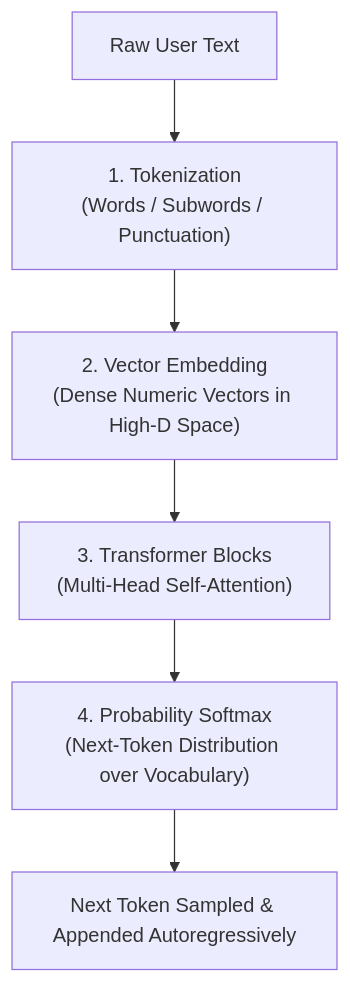
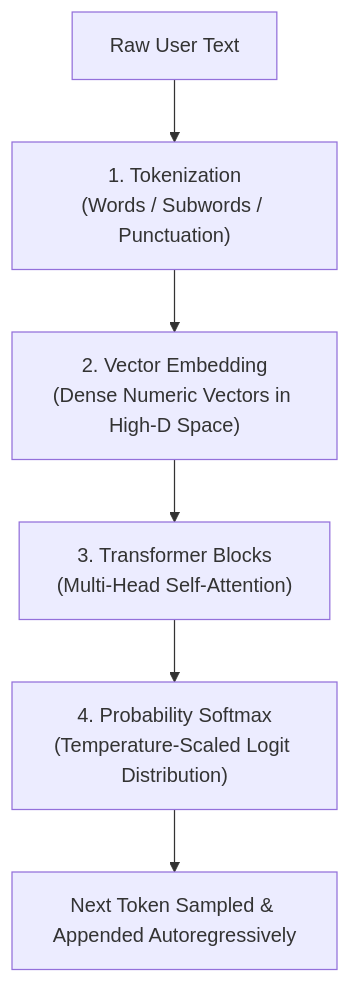
Before and after one commit to Raviranjan010/capgemini-hiring-prep-: the diagram in 02-ai-literacy-and-mcqs/01_ai_literacy.md, drawn with Mermaid. The commit also changed other lines of this file and 6 other files, not shown here.

````diff
--- a/02-ai-literacy-and-mcqs/01_ai_literacy.md
+++ b/02-ai-literacy-and-mcqs/01_ai_literacy.md
@@ -54,8 +55,8 @@
 ```mermaid
 flowchart TD
     A["Raw User Text"] --> B["1. Tokenization<br/>(Words / Subwords / Punctuation)"]
     B --> C["2. Vector Embedding<br/>(Dense Numeric Vectors in High-D Space)"]
     C --> D["3. Transformer Blocks<br/>(Multi-Head Self-Attention)"]
-    D --> E["4. Probability Softmax<br/>(Next-Token Distribution over Vocabulary)"]
+    D --> E["4. Probability Softmax<br/>(Temperature-Scaled Logit Distribution)"]
     E --> F["Next Token Sampled & Appended Autoregressively"]
 ```
````
